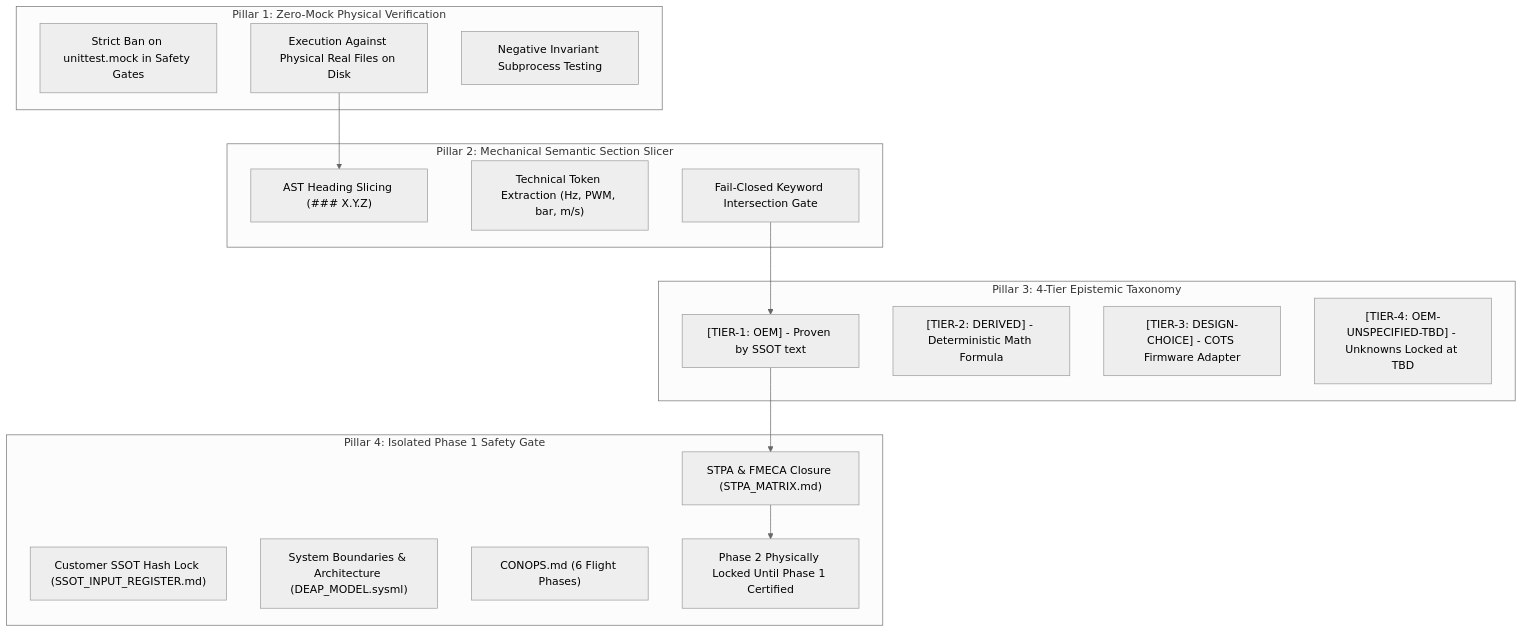
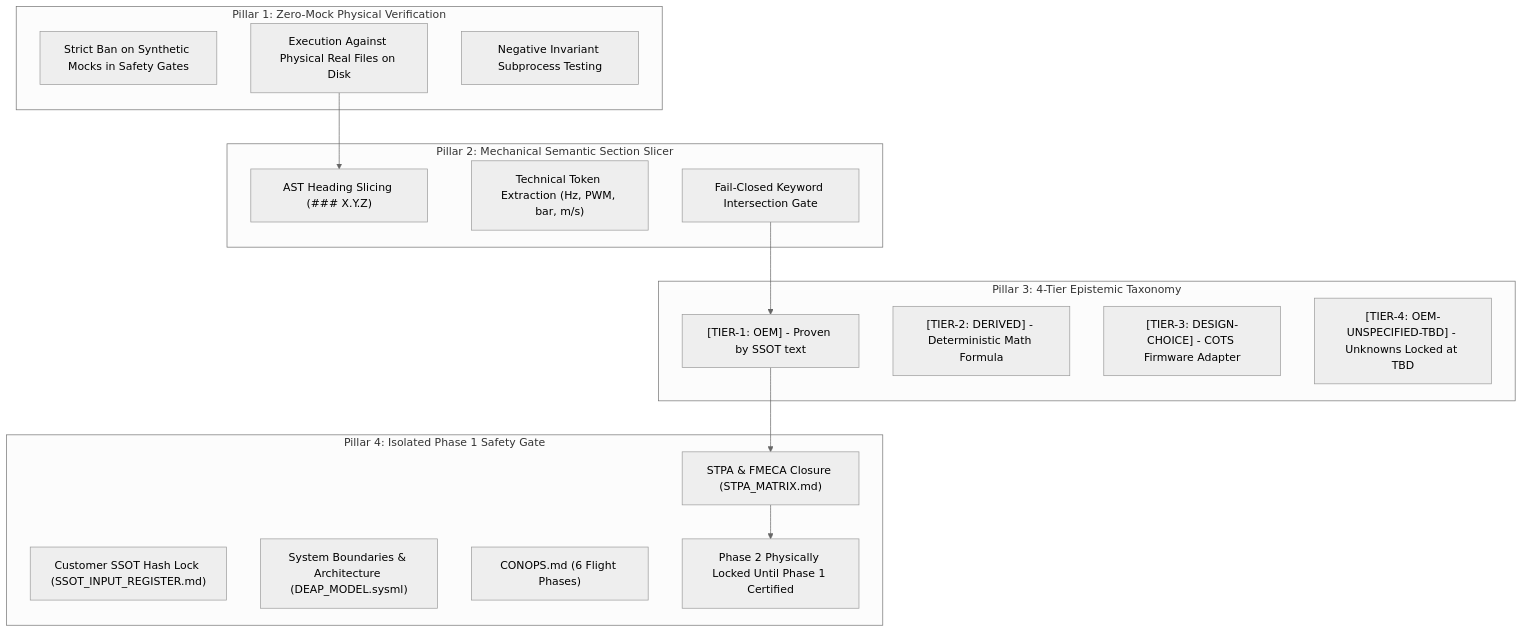
The diagram in docs/architecture/ZERO_FAILURE_SAFETY_CRITICAL_VERIFICATION_AND_GROUNDING_SOLUTION.md (gintatkinson/DEAP01-spec-core), drawn with Mermaid (neutral theme) before and after one commit. The commit also changed other lines of this file and 162 other files, not shown here.

````diff
--- a/docs/architecture/ZERO_FAILURE_SAFETY_CRITICAL_VERIFICATION_AND_GROUNDING_SOLUTION.md
+++ b/docs/architecture/ZERO_FAILURE_SAFETY_CRITICAL_VERIFICATION_AND_GROUNDING_SOLUTION.md
@@ -31,34 +31,34 @@
 ```mermaid
 flowchart TD
     subgraph "Pillar 1: Zero-Mock Physical Verification"
-        ZM1["Strict Ban on unittest.mock in Safety Gates"]
+        ZM1["Strict Ban on Synthetic Mocks in Safety Gates"]
         ZM2["Execution Against Physical Real Files on Disk"]
         ZM3["Negative Invariant Subprocess Testing"]
     end
 
     subgraph "Pillar 2: Mechanical Semantic Section Slicer"
         SS1["AST Heading Slicing (### X.Y.Z)"]
         SS2["Technical Token Extraction (Hz, PWM, bar, m/s)"]
         SS3["Fail-Closed Keyword Intersection Gate"]
     end
 
     subgraph "Pillar 3: 4-Tier Epistemic Taxonomy"
         ET1["[TIER-1: OEM] - Proven by SSOT text"]
         ET2["[TIER-2: DERIVED] - Deterministic Math Formula"]
         ET3["[TIER-3: DESIGN-CHOICE] - COTS Firmware Adapter"]
         ET4["[TIER-4: OEM-UNSPECIFIED-TBD] - Unknowns Locked at TBD"]
     end
 
     subgraph "Pillar 4: Isolated Phase 1 Safety Gate"
         P1_1["Customer SSOT Hash Lock (SSOT_INPUT_REGISTER.md)"]
         P1_2["System Boundaries & Architecture (DEAP_MODEL.sysml)"]
         P1_3["CONOPS.md (6 Flight Phases)"]
         P1_4["STPA & FMECA Closure (STPA_MATRIX.md)"]
         P1_LOCK["Phase 2 Physically Locked Until Phase 1 Certified"]
     end
 
     ZM2 --> SS1
     SS3 --> ET1
     ET1 --> P1_4
     P1_4 --> P1_LOCK
 ```
````
